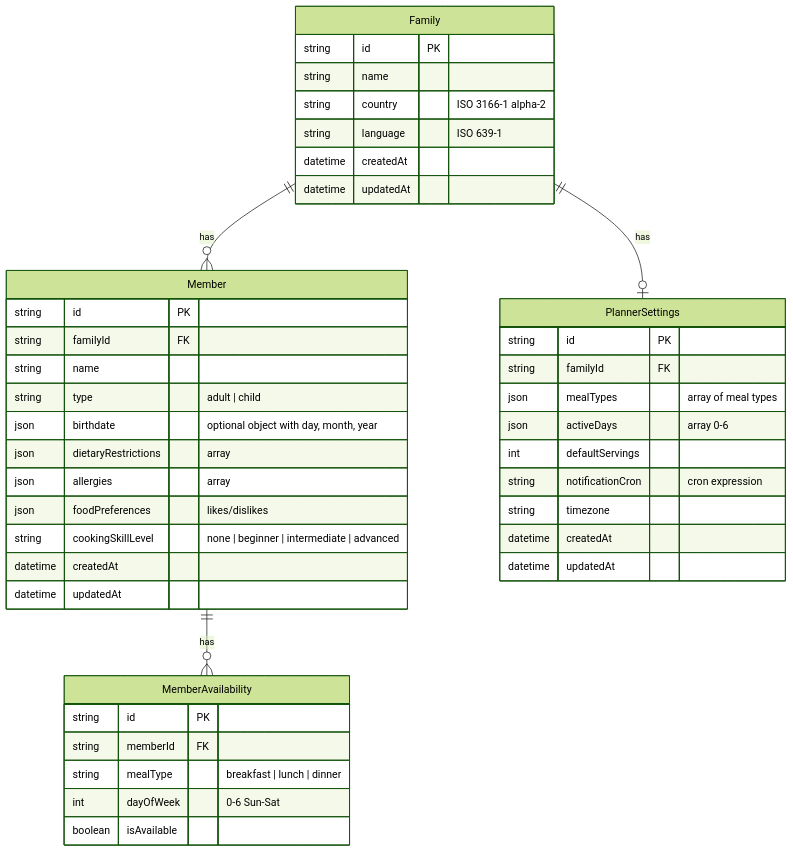
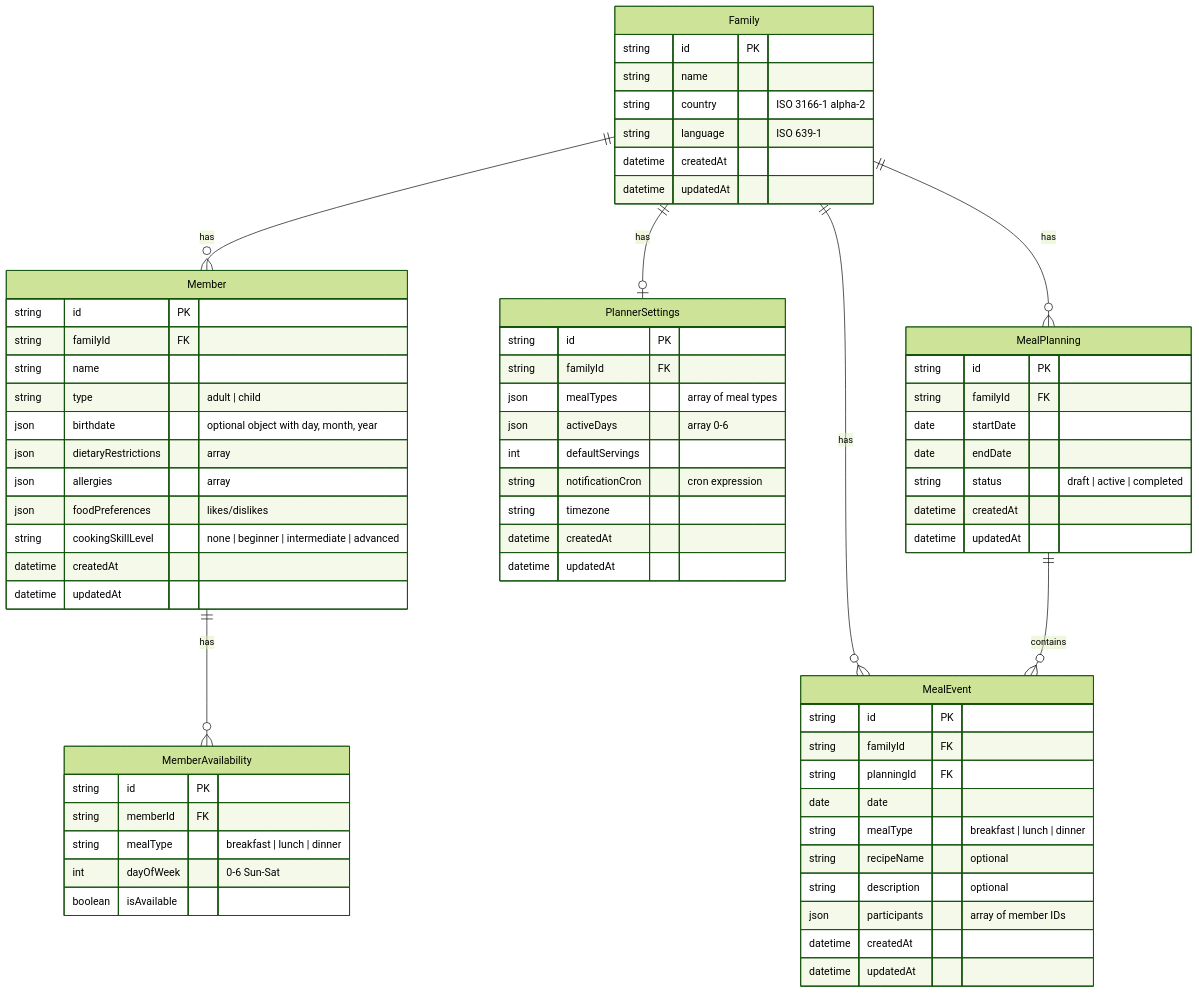
Before and after one commit to Nightbr/auguste: the diagram in specs/database-schema.md, drawn with Mermaid (forest theme). The commit also changed other lines of this file and 19 other files, not shown here.

````diff
--- a/specs/database-schema.md
+++ b/specs/database-schema.md
@@ -5,49 +5,75 @@
 ```mermaid
 erDiagram
     Family ||--o{ Member : "has"
     Family ||--o| PlannerSettings : "has"
     Member ||--o{ MemberAvailability : "has"
+    Family ||--o{ MealPlanning : "has"
+    Family ||--o{ MealEvent : "has"
+    MealPlanning ||--o{ MealEvent : "contains"
 
     Family {
         string id PK
         string name
         string country "ISO 3166-1 alpha-2"
         string language "ISO 639-1"
         datetime createdAt
         datetime updatedAt
     }
 
     Member {
         string id PK
         string familyId FK
         string name
         string type "adult | child"
         json birthdate "optional object with day, month, year"
         json dietaryRestrictions "array"
         json allergies "array"
         json foodPreferences "likes/dislikes"
         string cookingSkillLevel "none | beginner | intermediate | advanced"
         datetime createdAt
         datetime updatedAt
     }
 
     MemberAvailability {
         string id PK
         string memberId FK
         string mealType "breakfast | lunch | dinner"
         int dayOfWeek "0-6 Sun-Sat"
         boolean isAvailable
     }
 
     PlannerSettings {
         string id PK
         string familyId FK
         json mealTypes "array of meal types"
         json activeDays "array 0-6"
         int defaultServings
         string notificationCron "cron expression"
         string timezone
         datetime createdAt
         datetime updatedAt
     }
+
+    MealPlanning {
+        string id PK
+        string familyId FK
+        date startDate
+        date endDate
+        string status "draft | active | completed"
+        datetime createdAt
+        datetime updatedAt
+    }
+
+    MealEvent {
+        string id PK
+        string familyId FK
+        string planningId FK
+        date date
+        string mealType "breakfast | lunch | dinner"
+        string recipeName "optional"
+        string description "optional"
+        json participants "array of member IDs"
+        datetime createdAt
+        datetime updatedAt
+    }
 ```
````
